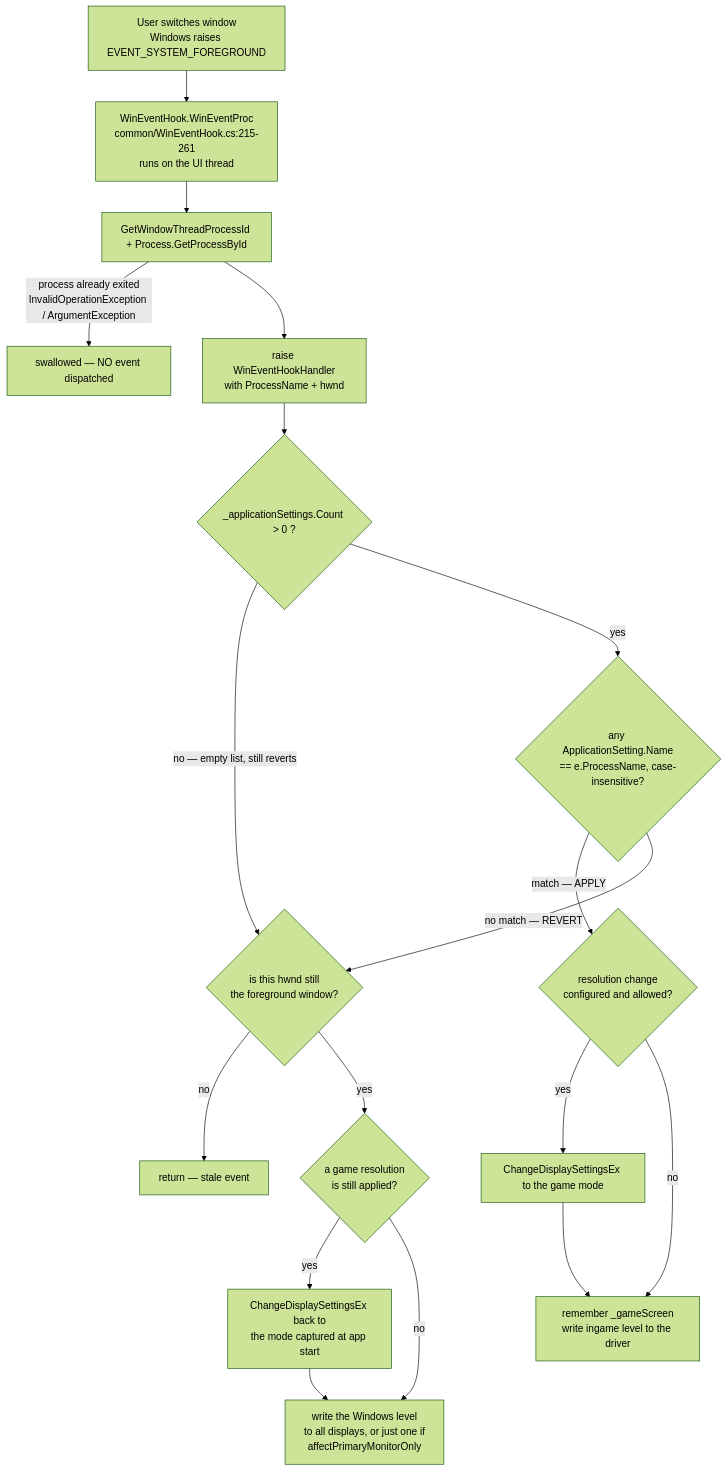
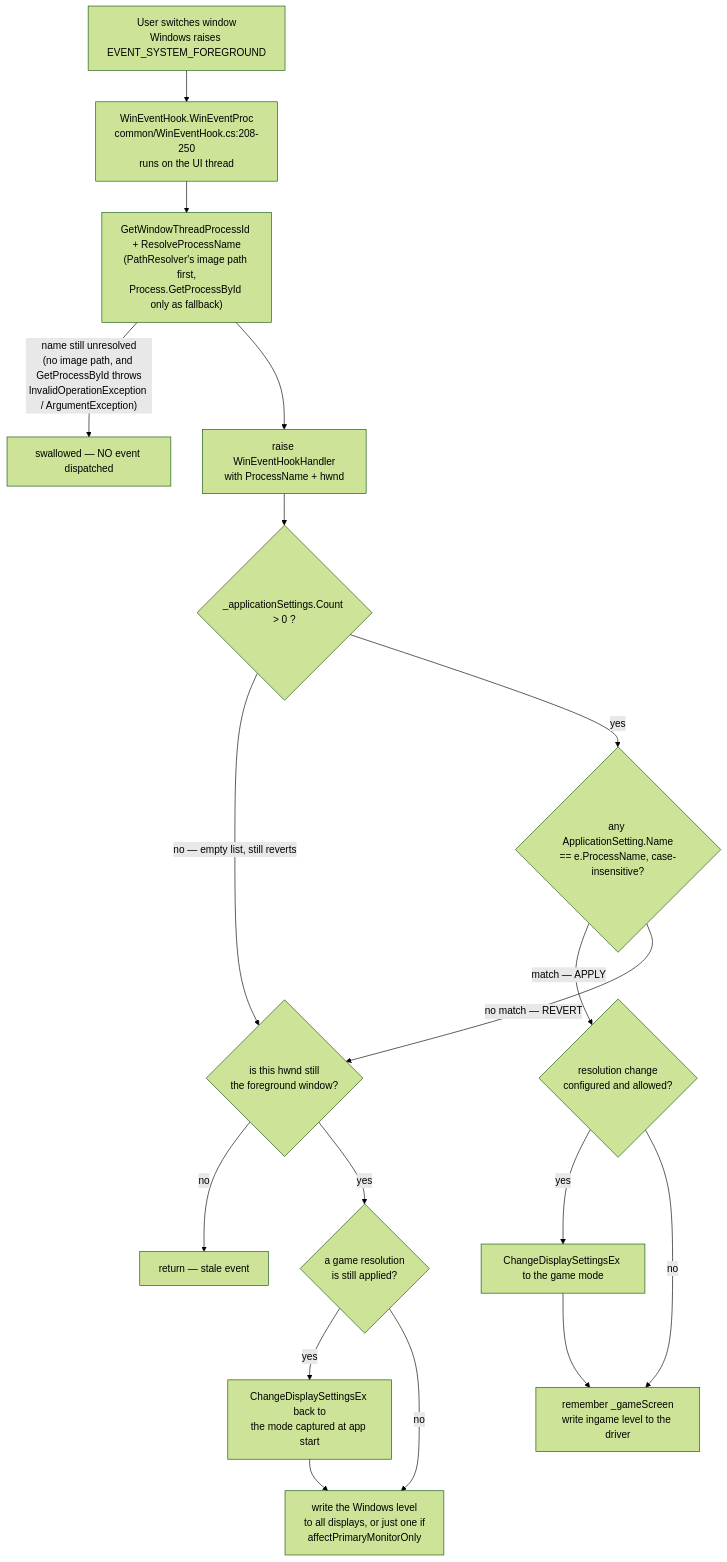
One commit to SwatX18/vibranceGUI changed the third of 4 diagrams in docs/CODEBASE_GUIDE.md. Above: the diagram before and after it, drawn with Mermaid (forest theme). The commit also changed other lines of this file and 4 other files, not shown here.

````diff
--- a/docs/CODEBASE_GUIDE.md
+++ b/docs/CODEBASE_GUIDE.md
@@ -710,22 +710,22 @@
 ```mermaid
 flowchart TD
-    A["User switches window<br/>Windows raises EVENT_SYSTEM_FOREGROUND"] --> B["WinEventHook.WinEventProc<br/>common/WinEventHook.cs:215-261<br/>runs on the UI thread"]
-    B --> C["GetWindowThreadProcessId + Process.GetProcessById"]
-    C -->|"process already exited<br/>InvalidOperationException / ArgumentException"| X["swallowed — NO event dispatched"]
+    A["User switches window<br/>Windows raises EVENT_SYSTEM_FOREGROUND"] --> B["WinEventHook.WinEventProc<br/>common/WinEventHook.cs:208-250<br/>runs on the UI thread"]
+    B --> C["GetWindowThreadProcessId + ResolveProcessName<br/>(PathResolver's image path first,<br/>Process.GetProcessById only as fallback)"]
+    C -->|"name still unresolved<br/>(no image path, and GetProcessById throws<br/>InvalidOperationException / ArgumentException)"| X["swallowed — NO event dispatched"]
     C --> D["raise WinEventHookHandler<br/>with ProcessName + hwnd"]
     D --> E{"_applicationSettings.Count &gt; 0 ?"}
     E -->|"no — empty list, still reverts"| K
     E -->|yes| F{"any ApplicationSetting.Name<br/>== e.ProcessName, case-insensitive?"}
 
     F -->|"match — APPLY"| G{"resolution change<br/>configured and allowed?"}
     G -->|yes| H["ChangeDisplaySettingsEx to the game mode"]
     G -->|no| J
     H --> J["remember _gameScreen<br/>write ingame level to the driver"]
 
     F -->|"no match — REVERT"| K{"is this hwnd still<br/>the foreground window?"}
     K -->|no| Z["return — stale event"]
     K -->|yes| L{"a game resolution<br/>is still applied?"}
     L -->|yes| M["ChangeDisplaySettingsEx back to<br/>the mode captured at app start"]
     L -->|no| O
     M --> O["write the Windows level<br/>to all displays, or just one if<br/>affectPrimaryMonitorOnly"]
 ```
````
